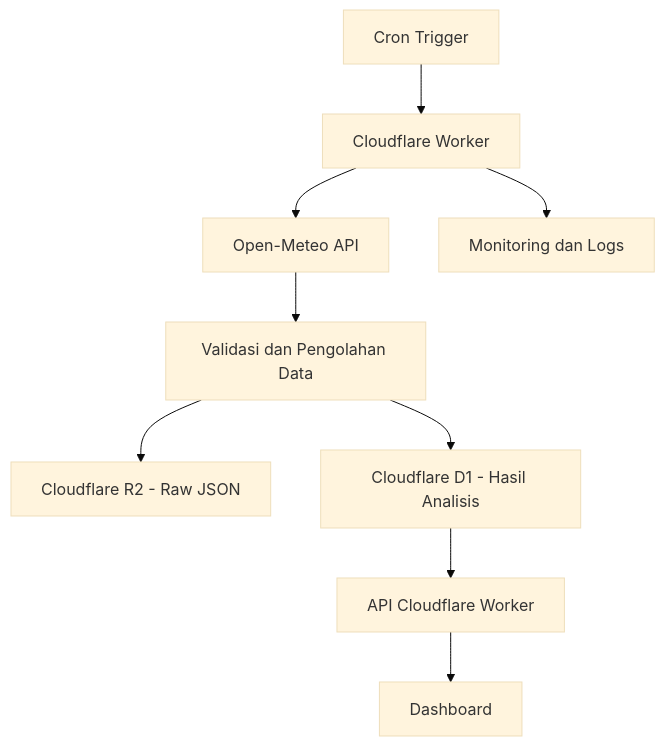
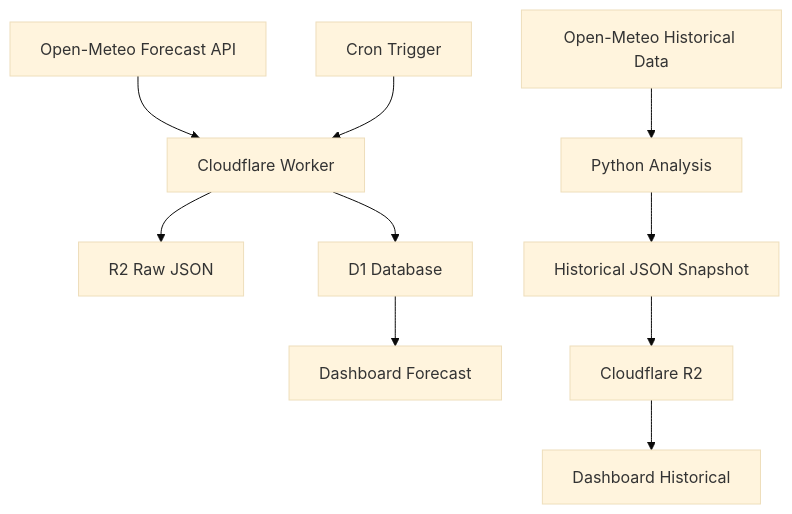
The diagram in README.md (samuelpangestu83-stack/kopwan-kelompok-4-topik-1), drawn with Mermaid (base theme) before and after one commit. The commit also changed other lines of this file, not shown here.

````diff
--- a/README.md
+++ b/README.md
@@ -94,11 +77,13 @@
 ```mermaid
 flowchart TD
-    A["Cron Trigger"] --> B["Cloudflare Worker"]
-    B --> C["Open-Meteo API"]
-    C --> D["Validasi dan Pengolahan Data"]
-    D --> E["Cloudflare R2 - Raw JSON"]
-    D --> F["Cloudflare D1 - Hasil Analisis"]
-    F --> G["API Cloudflare Worker"]
-    G --> H["Dashboard"]
-    B --> I["Monitoring dan Logs"]
+    A["Open-Meteo Forecast API"] --> B["Cloudflare Worker"]
+    C["Cron Trigger"] --> B
+    B --> D["R2 Raw JSON"]
+    B --> E["D1 Database"]
+    E --> F["Dashboard Forecast"]
+
+    G["Open-Meteo Historical Data"] --> H["Python Analysis"]
+    H --> I["Historical JSON Snapshot"]
+    I --> J["Cloudflare R2"]
+    J --> K["Dashboard Historical"]
 ```
````
